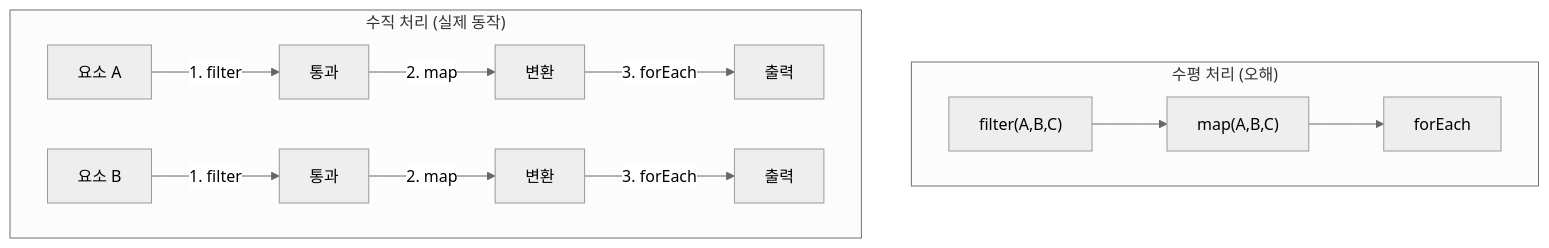
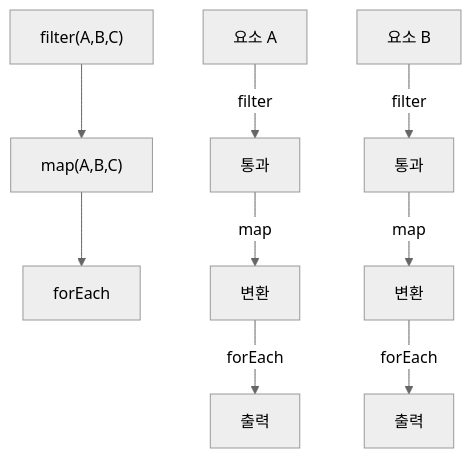
Before and after one commit to yjkim2015/yjkim2015.github.io: the third of 4 diagrams in _posts/java/2026-05-01-java-stream.md, drawn with Mermaid (neutral theme). The commit also changed other lines of this file and 155 other files, not shown here.

First line of the commit message:
Mermaid 전면 수정: subgraph 제거, participant/노드/줄수 축소 (342블록)

````diff
--- a/_posts/java/2026-05-01-java-stream.md
+++ b/_posts/java/2026-05-01-java-stream.md
@@ -136,14 +122,10 @@
 ```mermaid
 graph TD
-  subgraph "수평 처리 (오해)"
-    F1["filter(A,B,C)"] --> M1["map(A,B,C)"] --> R1["forEach"]
-  end
-  subgraph "수직 처리 (실제 동작)"
-    A["요소 A"] -->|"1. filter"| FA["통과"]
-    FA -->|"2. map"| MA["변환"]
-    MA -->|"3. forEach"| RA["출력"]
-    B["요소 B"] -->|"1. filter"| FB["통과"]
-    FB -->|"2. map"| MB["변환"]
-    MB -->|"3. forEach"| RB["출력"]
-  end
+  F1["filter(A,B,C)"] --> M1["map(A,B,C)"] --> R1["forEach"]
+  A["요소 A"] -->|"filter"| FA["통과"]
+  FA -->|"map"| MA["변환"]
+  MA -->|"forEach"| RA["출력"]
+  B["요소 B"] -->|"filter"| FB["통과"]
+  FB -->|"map"| MB["변환"]
+  MB -->|"forEach"| RB["출력"]
 ```
````
